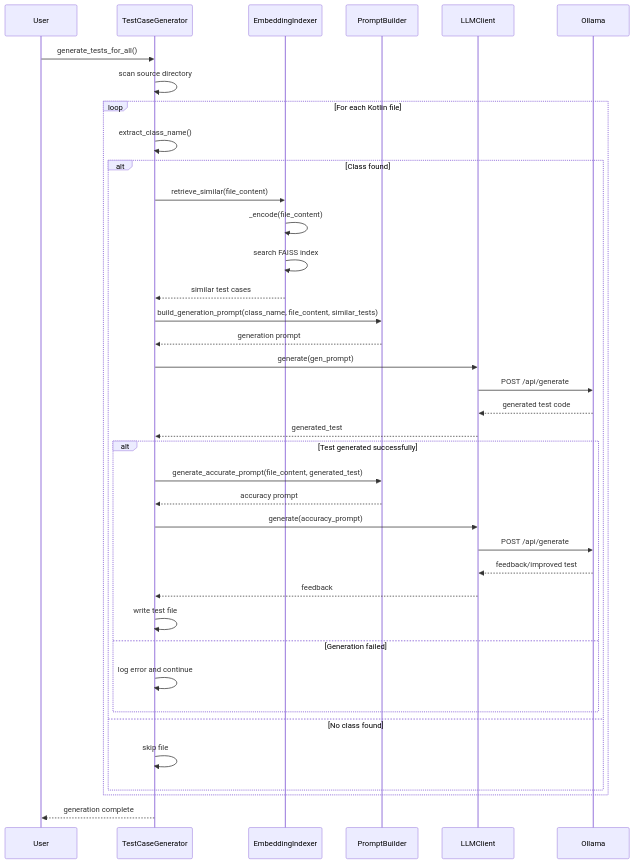
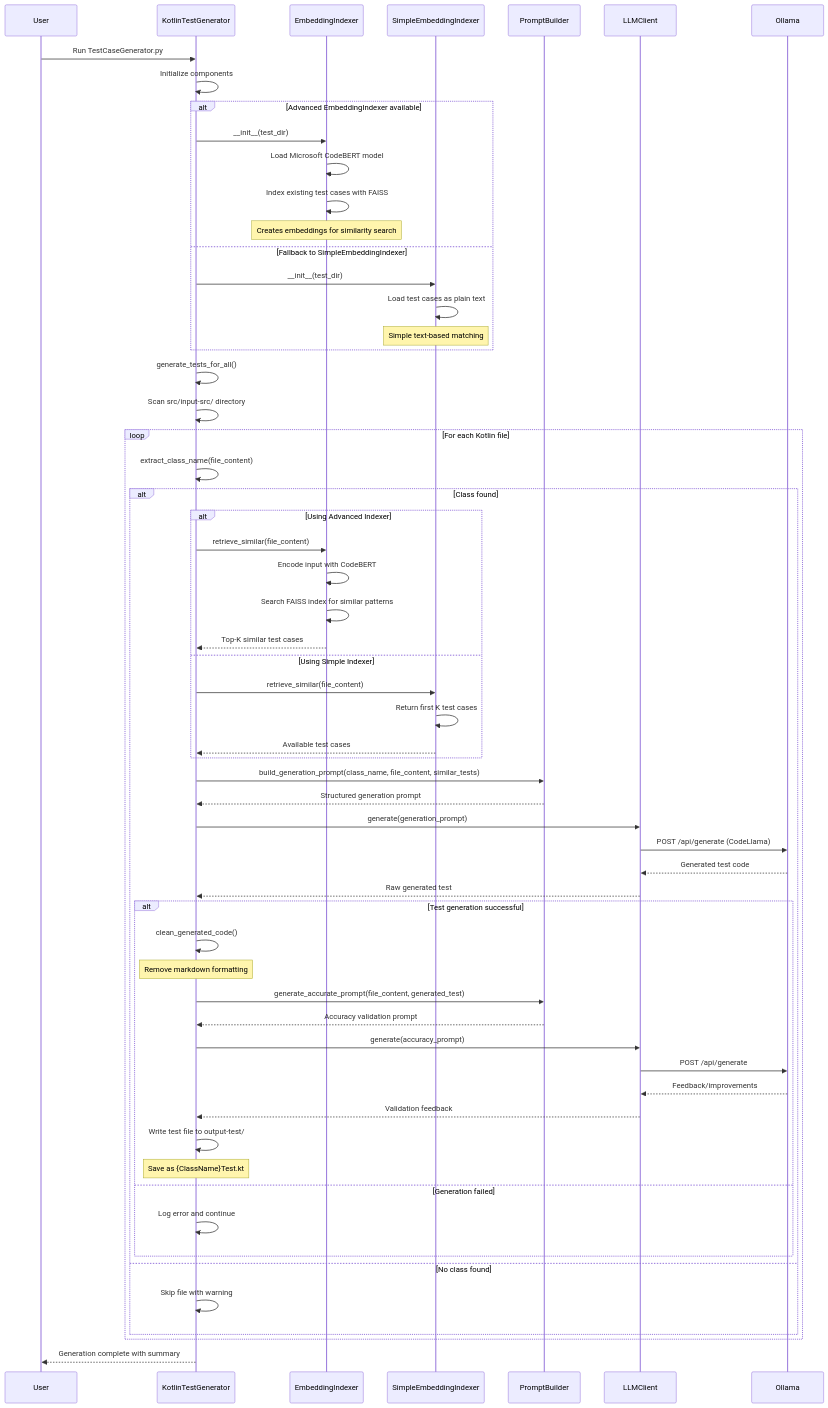
One commit to adityakamath-90/DevTools changed the third of 5 diagrams in docs/DIAGRAMS.md. Above: the diagram before and after it, drawn with Mermaid. The commit also changed other lines of this file and 3 other files, not shown here.

````diff
--- a/docs/DIAGRAMS.md
+++ b/docs/DIAGRAMS.md
@@ -138,48 +154,74 @@
 ```mermaid
 sequenceDiagram
     participant User
-    participant TestGen as TestCaseGenerator
+    participant TestGen as KotlinTestGenerator
     participant Embed as EmbeddingIndexer
+    participant Simple as SimpleEmbeddingIndexer
     participant Prompt as PromptBuilder
     participant LLM as LLMClient
     participant Ollama
 
-    User->>TestGen: generate_tests_for_all()
-    TestGen->>TestGen: scan source directory
+    User->>TestGen: Run TestCaseGenerator.py
+    TestGen->>TestGen: Initialize components
+
+    alt Advanced EmbeddingIndexer available
+        TestGen->>Embed: __init__(test_dir)
+        Embed->>Embed: Load Microsoft CodeBERT model
+        Embed->>Embed: Index existing test cases with FAISS
+        Note over Embed: Creates embeddings for similarity search
+    else Fallback to SimpleEmbeddingIndexer
+        TestGen->>Simple: __init__(test_dir)
+        Simple->>Simple: Load test cases as plain text
+        Note over Simple: Simple text-based matching
+    end
+
+    TestGen->>TestGen: generate_tests_for_all()
+    TestGen->>TestGen: Scan src/input-src/ directory
     
     loop For each Kotlin file
-        TestGen->>TestGen: extract_class_name()
+        TestGen->>TestGen: extract_class_name(file_content)
+        
         alt Class found
-            TestGen->>Embed: retrieve_similar(file_content)
-            Embed->>Embed: _encode(file_content)
-            Embed->>Embed: search FAISS index
-            Embed-->>TestGen: similar test cases
+            alt Using Advanced Indexer
+                TestGen->>Embed: retrieve_similar(file_content)
+                Embed->>Embed: Encode input with CodeBERT
+                Embed->>Embed: Search FAISS index for similar patterns
+                Embed-->>TestGen: Top-K similar test cases
+            else Using Simple Indexer
+                TestGen->>Simple: retrieve_similar(file_content)
+                Simple->>Simple: Return first K test cases
+                Simple-->>TestGen: Available test cases
+            end
             
             TestGen->>Prompt: build_generation_prompt(class_name, file_content, similar_tests)
-            Prompt-->>TestGen: generation prompt
+            Prompt-->>TestGen: Structured generation prompt
             
-            TestGen->>LLM: generate(gen_prompt)
-            LLM->>Ollama: POST /api/generate
-            Ollama-->>LLM: generated test code
-            LLM-->>TestGen: generated_test
+            TestGen->>LLM: generate(generation_prompt)
+            LLM->>Ollama: POST /api/generate (CodeLlama)
+            Ollama-->>LLM: Generated test code
+            LLM-->>TestGen: Raw generated test
             
-            alt Test generated successfully
+            alt Test generation successful
+                TestGen->>TestGen: clean_generated_code()
+                Note over TestGen: Remove markdown formatting
+                
                 TestGen->>Prompt: generate_accurate_prompt(file_content, generated_test)
-                Prompt-->>TestGen: accuracy prompt
+                Prompt-->>TestGen: Accuracy validation prompt
                 
                 TestGen->>LLM: generate(accuracy_prompt)
                 LLM->>Ollama: POST /api/generate
-                Ollama-->>LLM: feedback/improved test
-                LLM-->>TestGen: feedback
+                Ollama-->>LLM: Feedback/improvements
+                LLM-->>TestGen: Validation feedback
                 
-                TestGen->>TestGen: write test file
+                TestGen->>TestGen: Write test file to output-test/
+                Note over TestGen: Save as {ClassName}Test.kt
             else Generation failed
-                TestGen->>TestGen: log error and continue
+                TestGen->>TestGen: Log error and continue
             end
         else No class found
-            TestGen->>TestGen: skip file
+            TestGen->>TestGen: Skip file with warning
         end
     end
     
-    TestGen-->>User: generation complete
+    TestGen-->>User: Generation complete with summary
 ```
````
